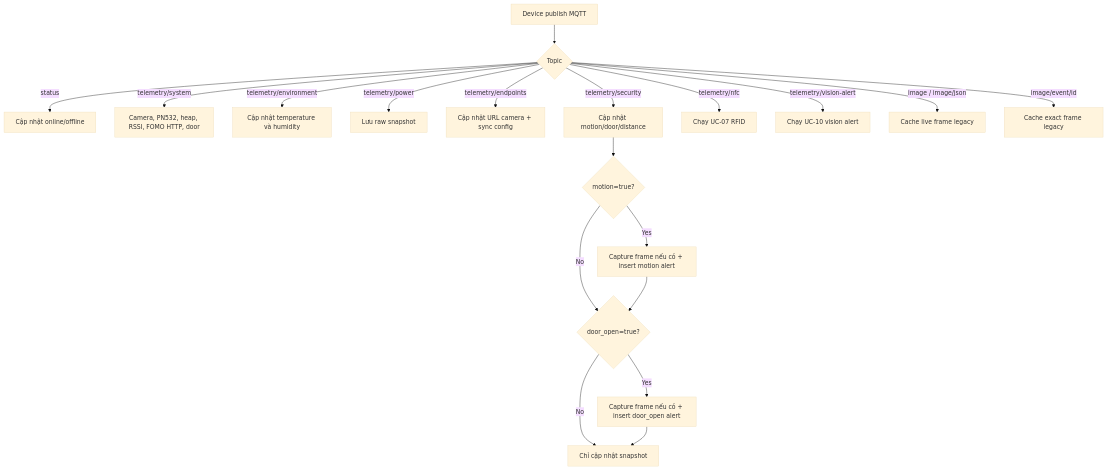
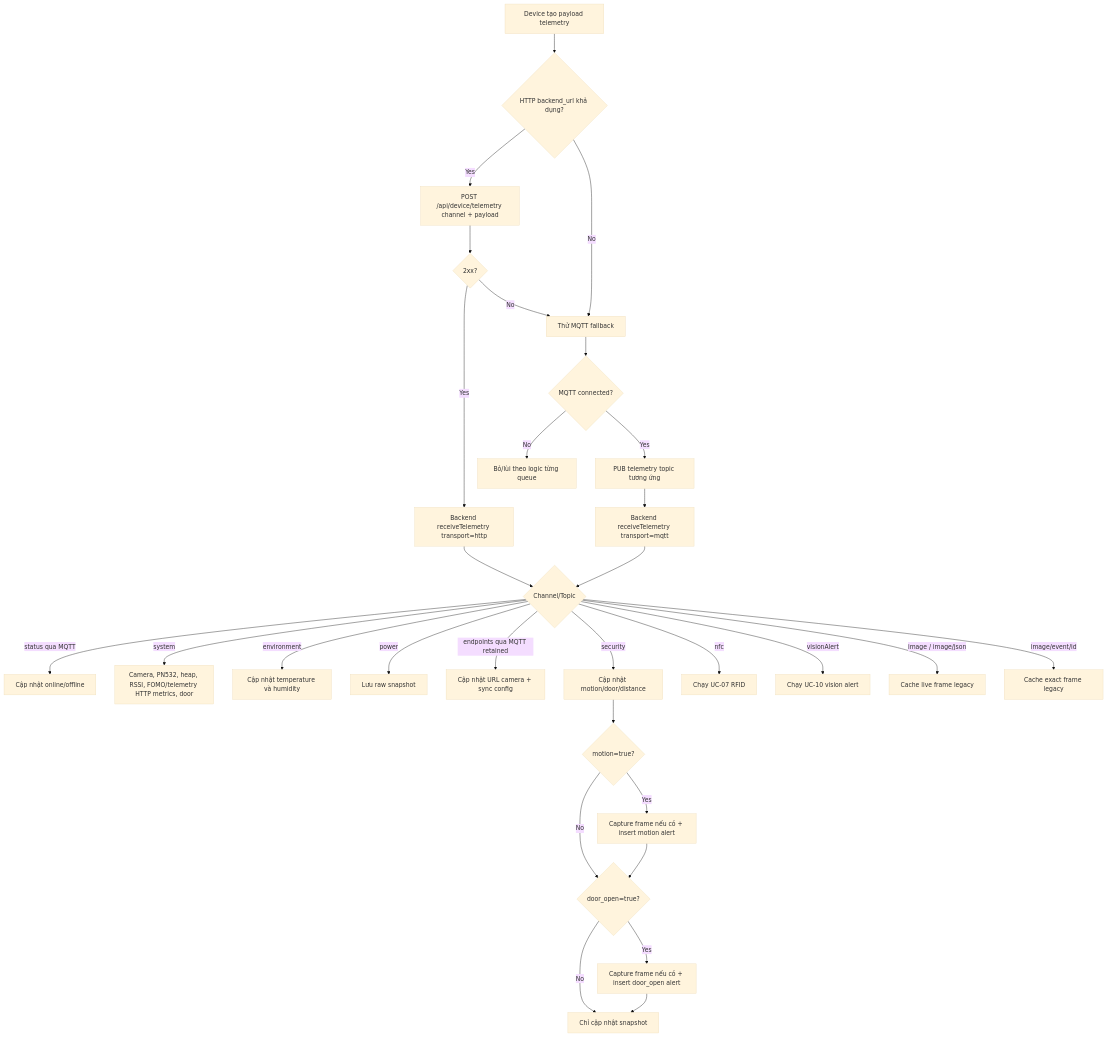
One commit to ntntran09/EdgeGuard changed the fourth of 17 diagrams in docs/EDGEGUARD_FLOWS.md. Above: the diagram before and after it, drawn with Mermaid (base theme). The commit also changed other lines of this file, not shown here.

Commit message:
docs: update EdgeGuard HTTP flows

````diff
--- a/docs/EDGEGUARD_FLOWS.md
+++ b/docs/EDGEGUARD_FLOWS.md
@@ -184,22 +196,33 @@
 ```mermaid
 flowchart TD
-    A[Device publish MQTT] --> B{Topic}
-    B -->|status| C[Cập nhật online/offline]
-    B -->|telemetry/system| D[Camera, PN532, heap, RSSI, FOMO HTTP, door]
-    B -->|telemetry/environment| D2[Cập nhật temperature và humidity]
-    B -->|telemetry/power| D3[Lưu raw snapshot]
-    B -->|telemetry/endpoints| E[Cập nhật URL camera + sync config]
-    B -->|telemetry/security| F[Cập nhật motion/door/distance]
-    B -->|telemetry/nfc| G[Chạy UC-07 RFID]
-    B -->|telemetry/vision-alert| H[Chạy UC-10 vision alert]
-    B -->|image / image/json| I[Cache live frame legacy]
-    B -->|image/event/id| J[Cache exact frame legacy]
+    A[Device tạo payload telemetry] --> B{HTTP backend_url khả dụng?}
+    B -- Yes --> C[POST /api/device/telemetry channel + payload]
+    C --> D{2xx?}
+    D -- No --> E[Thử MQTT fallback]
+    B -- No --> E
+    E --> F{MQTT connected?}
+    F -- Yes --> G[PUB telemetry topic tương ứng]
+    F -- No --> H[Bỏ/lùi theo logic từng queue]
+    D -- Yes --> I[Backend receiveTelemetry transport=http]
+    G --> J[Backend receiveTelemetry transport=mqtt]
+    I --> K{Channel/Topic}
+    J --> K
+    K -->|status qua MQTT| L[Cập nhật online/offline]
+    K -->|system| M[Camera, PN532, heap, RSSI, FOMO/telemetry HTTP metrics, door]
+    K -->|environment| M2[Cập nhật temperature và humidity]
+    K -->|power| M3[Lưu raw snapshot]
+    K -->|endpoints qua MQTT retained| N[Cập nhật URL camera + sync config]
+    K -->|security| O[Cập nhật motion/door/distance]
+    K -->|nfc| P[Chạy UC-07 RFID]
+    K -->|visionAlert| Q[Chạy UC-10 vision alert]
+    K -->|image / image/json| R[Cache live frame legacy]
+    K -->|image/event/id| S[Cache exact frame legacy]
 
-    F --> K{motion=true?}
-    K -- Yes --> L[Capture frame nếu có + insert motion alert]
-    K -- No --> M{door_open=true?}
-    L --> M
-    M -- Yes --> N[Capture frame nếu có + insert door_open alert]
-    M -- No --> O[Chỉ cập nhật snapshot]
-    N --> O
+    O --> T{motion=true?}
+    T -- Yes --> U[Capture frame nếu có + insert motion alert]
+    T -- No --> V{door_open=true?}
+    U --> V
+    V -- Yes --> W[Capture frame nếu có + insert door_open alert]
+    V -- No --> X[Chỉ cập nhật snapshot]
+    W --> X
 ```
````
